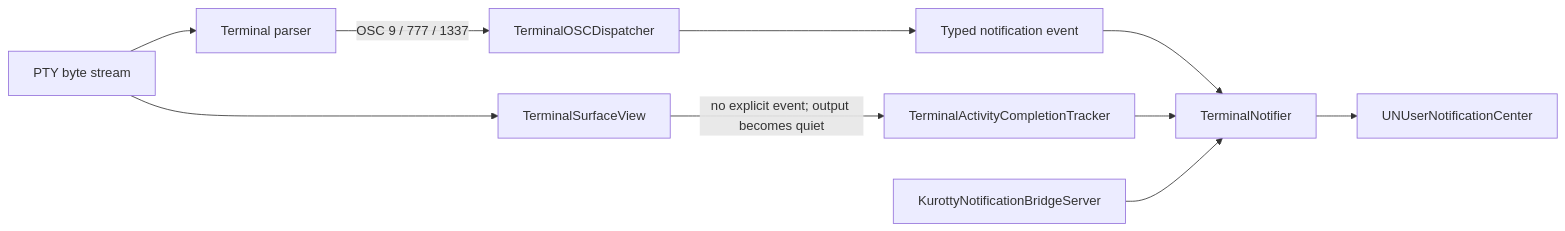
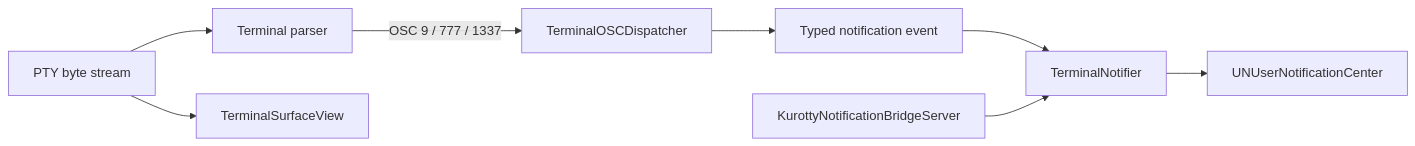
One commit to skyepodium/kurotty changed the seventh of 7 diagrams in docs/architecture.md. Above: the diagram before and after it, drawn with Mermaid. The commit also changed other lines of this file and 9 other files, not shown here.

Commit message:
Match Ghostty notification protocol flow

````diff
--- a/docs/architecture.md
+++ b/docs/architecture.md
@@ -217,22 +216,19 @@
 ```mermaid
 flowchart LR
     PTY[PTY byte stream]
     Parser[Terminal parser]
     OSC[TerminalOSCDispatcher]
     Typed[Typed notification event]
     Surface[TerminalSurfaceView]
-    Activity[TerminalActivityCompletionTracker]
     Bridge[KurottyNotificationBridgeServer]
     Notifier[TerminalNotifier]
     macOS[UNUserNotificationCenter]
 
     PTY --> Parser
     Parser -->|OSC 9 / 777 / 1337| OSC
     OSC --> Typed
     Typed --> Notifier
     PTY --> Surface
-    Surface -->|no explicit event; output becomes quiet| Activity
-    Activity --> Notifier
     Bridge --> Notifier
     Notifier --> macOS
 ```
````
